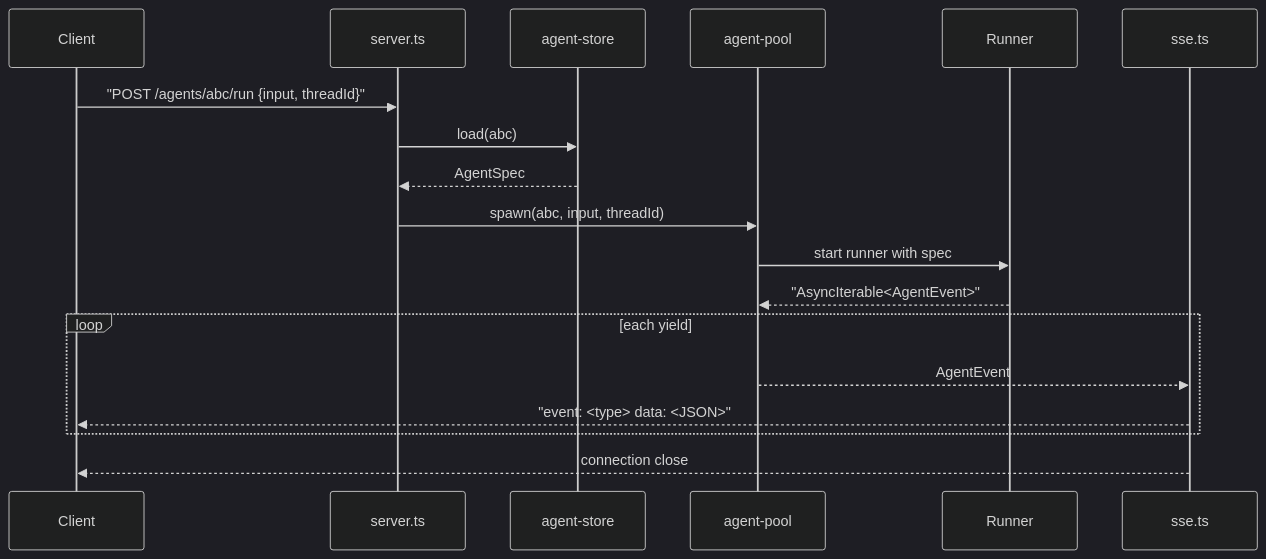
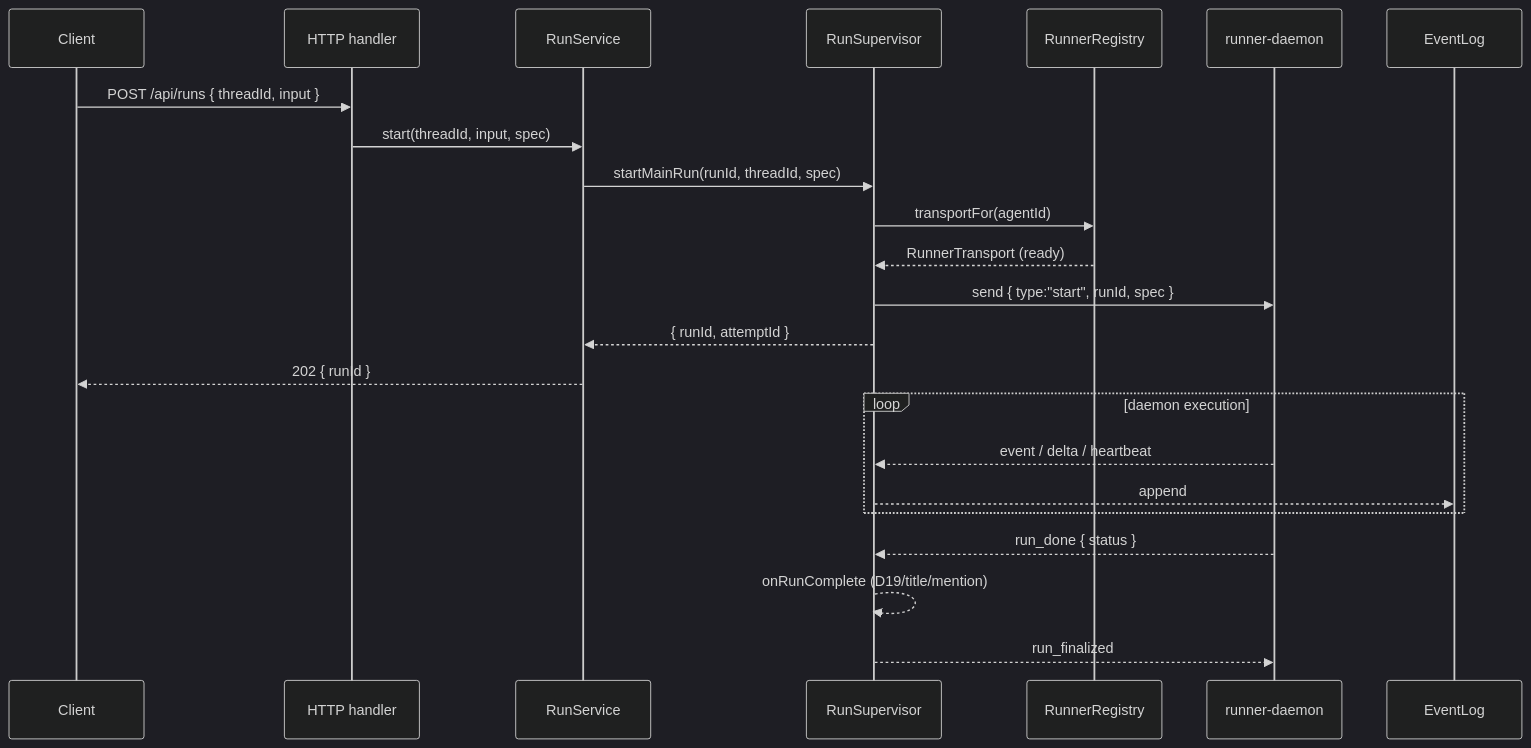
The second of 3 diagrams in docs/architecture/12-backend.md (Chengchcc/my-agent-team), drawn with Mermaid (dark theme) before and after one commit. The commit also changed other lines of this file and 9 other files, not shown here.

First line of the commit message:
docs: architecture audit — M14.7 accuracy + wiki-style cleanup

````diff
--- a/docs/architecture/12-backend.md
+++ b/docs/architecture/12-backend.md
@@ -335,21 +337,25 @@
 ```mermaid
 sequenceDiagram
   participant C as Client
-  participant S as server.ts
-  participant ST as agent-store
-  participant P as agent-pool
-  participant R as Runner
-  participant SSE as sse.ts
+  participant S as HTTP handler
+  participant SV as RunService
+  participant SP as RunSupervisor
+  participant RG as RunnerRegistry
+  participant D as runner-daemon
 
-  C->>S: "POST /agents/abc/run {input, threadId}"
-  S->>ST: load(abc)
-  ST-->>S: AgentSpec
-  S->>P: spawn(abc, input, threadId)
-  P->>R: start runner with spec
-  R-->>P: "AsyncIterable<AgentEvent>"
-  loop each yield
-    P-->>SSE: AgentEvent
-    SSE-->>C: "event: <type> data: <JSON>"
+  C->>S: POST /api/runs { threadId, input }
+  S->>SV: start(threadId, input, spec)
+  SV->>SP: startMainRun(runId, threadId, spec)
+  SP->>RG: transportFor(agentId)
+  RG-->>SP: RunnerTransport (ready)
+  SP->>D: send { type:"start", runId, spec }
+  SP-->>SV: { runId, attemptId }
+  SV-->>C: 202 { runId }
+  loop daemon execution
+    D-->>SP: event / delta / heartbeat
+    SP-->>EventLog: append
   end
-  SSE-->>C: connection close
+  D-->>SP: run_done { status }
+  SP-->>SP: onRunComplete (D19/title/mention)
+  SP-->>D: run_finalized
 ```
````
